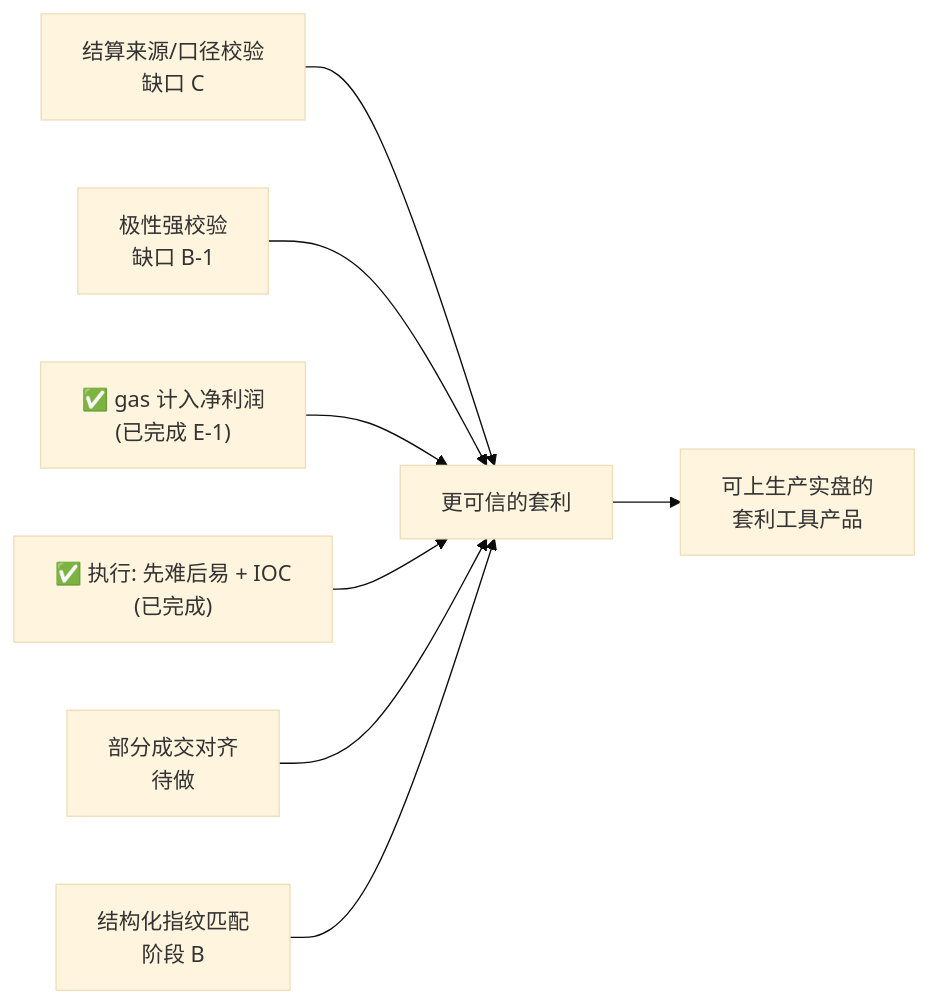
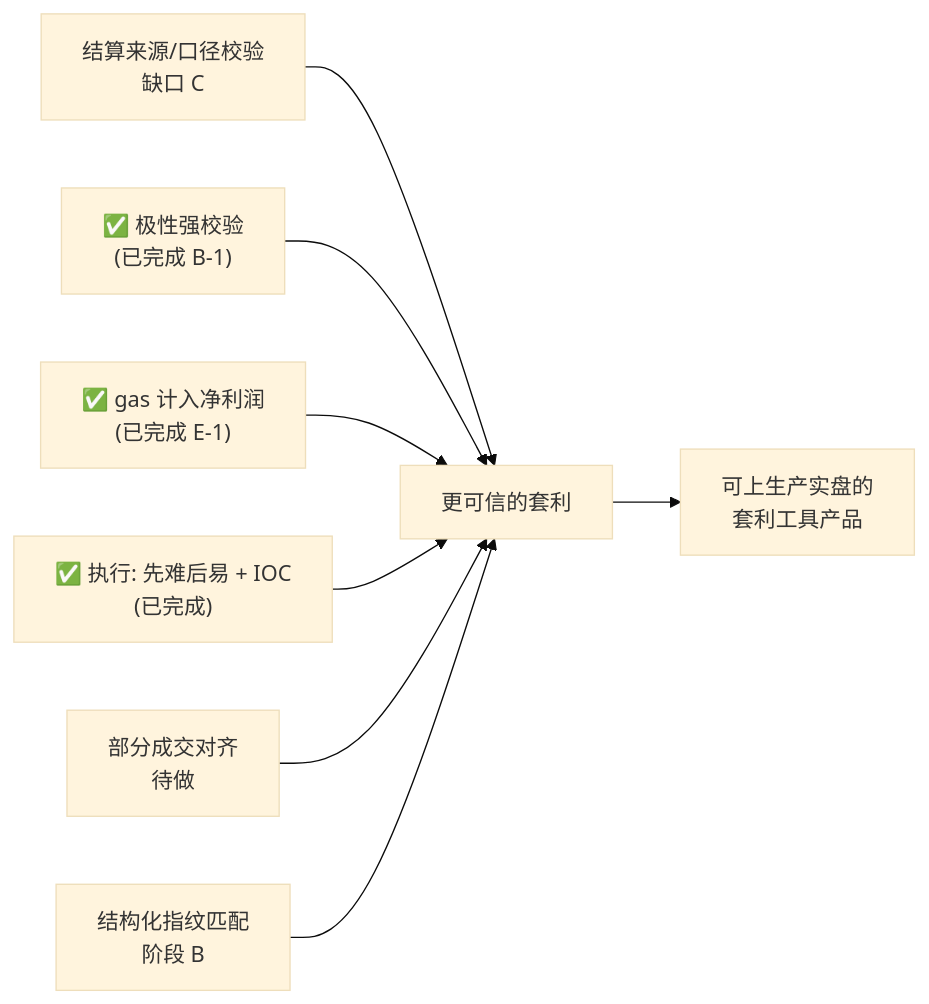
One commit to survivorff/predict_arbitrage changed the fourth of 4 diagrams in docs/14-套利理论与影响因素.md. Above: the diagram before and after it, drawn with Mermaid (base theme). The commit also changed other lines of this file and 5 other files, not shown here.

````diff
--- a/docs/14-套利理论与影响因素.md
+++ b/docs/14-套利理论与影响因素.md
@@ -360,10 +360,10 @@
 ```mermaid
 flowchart LR
     N1[结算来源/口径校验<br/>缺口 C] --> Now[更可信的套利]
-    N2[极性强校验<br/>缺口 B-1] --> Now
+    N2["✅ 极性强校验<br/>(已完成 B-1)"] --> Now
     N3["✅ gas 计入净利润<br/>(已完成 E-1)"] --> Now
     N4["✅ 执行: 先难后易 + IOC<br/>(已完成)"] --> Now
     N4b[部分成交对齐<br/>待做] --> Now
     N5[结构化指纹匹配<br/>阶段 B] --> Now
     Now --> Goal[可上生产实盘的<br/>套利工具产品]
 ```
````
